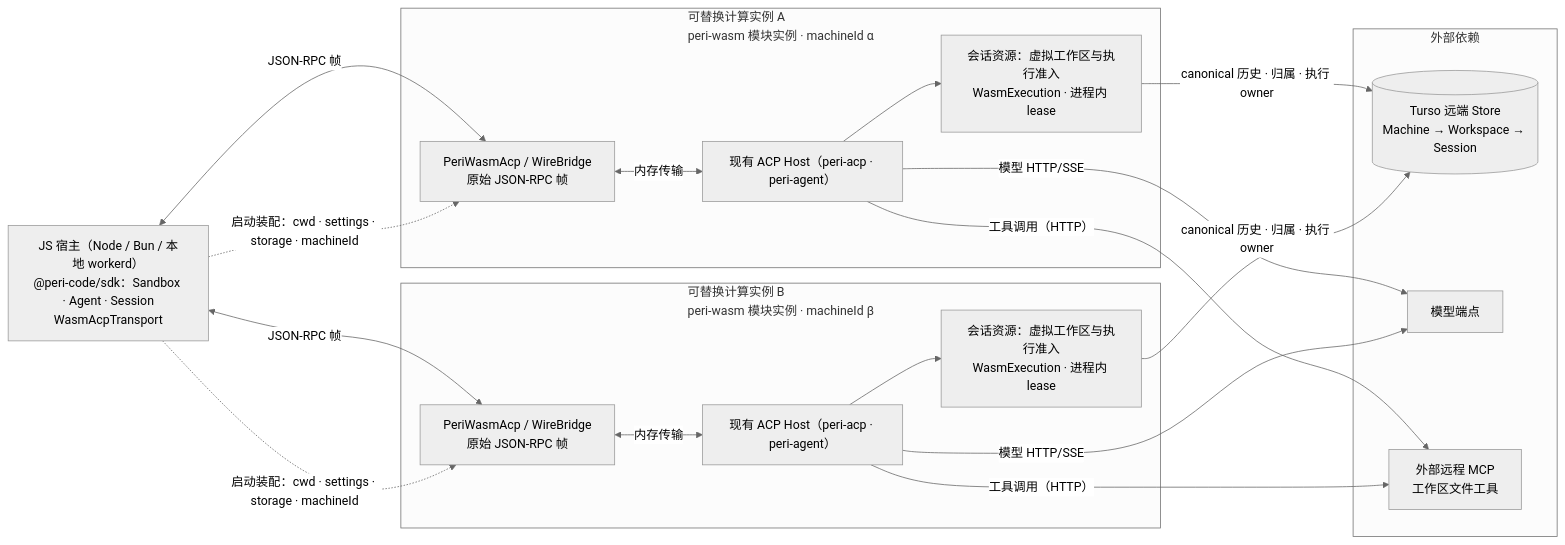
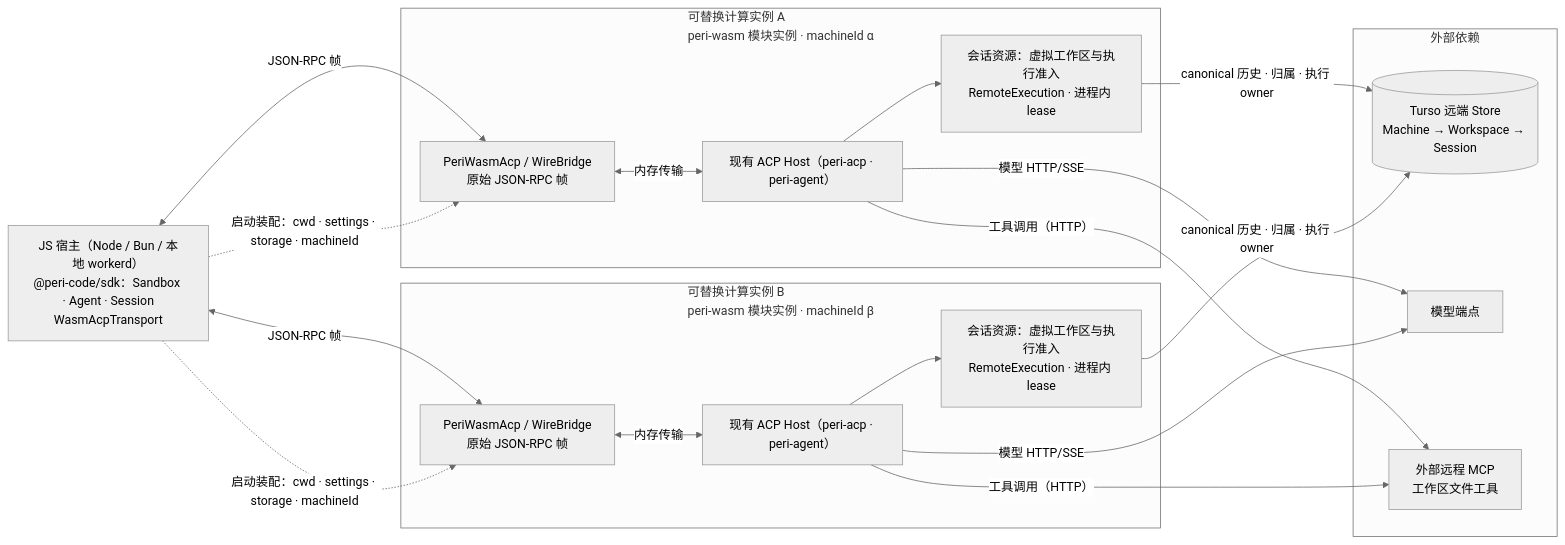
Before and after one commit to KonghaYao/peri: the diagram in docs/design/serverless-execution-identity.md, drawn with Mermaid (neutral theme). The commit also changed other lines of this file and 14 other files, not shown here.

````diff
--- a/docs/design/serverless-execution-identity.md
+++ b/docs/design/serverless-execution-identity.md
@@ -14,38 +14,38 @@
 ```mermaid
 flowchart LR
     Host["JS 宿主（Node / Bun / 本地 workerd）<br/>@peri-code/sdk：Sandbox · Agent · Session<br/>WasmAcpTransport"]
 
     subgraph Alpha["可替换计算实例 A<br/>peri-wasm 模块实例 · machineId α"]
         BridgeA["PeriWasmAcp / WireBridge<br/>原始 JSON-RPC 帧"]
         AcpA["现有 ACP Host（peri-acp · peri-agent）"]
-        AuthorityA["会话资源：虚拟工作区与执行准入<br/>WasmExecution · 进程内 lease"]
+        AuthorityA["会话资源：虚拟工作区与执行准入<br/>RemoteExecution · 进程内 lease"]
         BridgeA <-->|"内存传输"| AcpA
         AcpA --> AuthorityA
     end
 
     subgraph Beta["可替换计算实例 B<br/>peri-wasm 模块实例 · machineId β"]
         BridgeB["PeriWasmAcp / WireBridge<br/>原始 JSON-RPC 帧"]
         AcpB["现有 ACP Host（peri-acp · peri-agent）"]
-        AuthorityB["会话资源：虚拟工作区与执行准入<br/>WasmExecution · 进程内 lease"]
+        AuthorityB["会话资源：虚拟工作区与执行准入<br/>RemoteExecution · 进程内 lease"]
         BridgeB <-->|"内存传输"| AcpB
         AcpB --> AuthorityB
     end
 
     subgraph External["外部依赖"]
         Store[("Turso 远端 Store<br/>Machine → Workspace → Session")]
         Model["模型端点"]
         Mcp["外部远程 MCP<br/>工作区文件工具"]
     end
 
     Host <-->|"JSON-RPC 帧"| BridgeA
     Host -.->|"启动装配：cwd · settings · storage · machineId"| BridgeA
     AuthorityA -->|"canonical 历史 · 归属 · 执行 owner"| Store
     AcpA -->|"模型 HTTP/SSE"| Model
     AcpA -->|"工具调用（HTTP）"| Mcp
 
     Host <-->|"JSON-RPC 帧"| BridgeB
     Host -.->|"启动装配：cwd · settings · storage · machineId"| BridgeB
     AuthorityB -->|"canonical 历史 · 归属 · 执行 owner"| Store
     AcpB -->|"模型 HTTP/SSE"| Model
     AcpB -->|"工具调用（HTTP）"| Mcp
 ```
````
